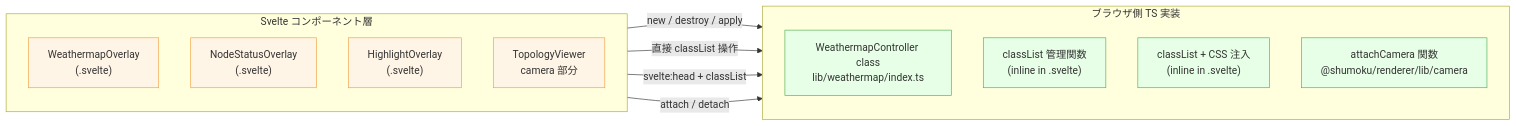
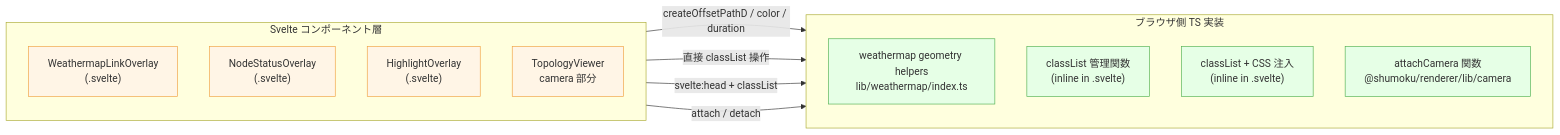
Before and after one commit to konoe-akitoshi/shumoku: the fourth of 6 diagrams in apps/server/docs/topology-rendering.md, drawn with Mermaid. The commit also changed other lines of this file and 18 other files, not shown here.

````diff
--- a/apps/server/docs/topology-rendering.md
+++ b/apps/server/docs/topology-rendering.md
@@ -224,28 +247,28 @@
 ```mermaid
 flowchart LR
   subgraph SVELTE["Svelte コンポーネント層"]
     direction TB
-    WMO["WeathermapOverlay<br/>(.svelte)"]
+    WML["WeathermapLinkOverlay<br/>(.svelte)"]
     NSO["NodeStatusOverlay<br/>(.svelte)"]
     HLO["HighlightOverlay<br/>(.svelte)"]
     TV_CAM["TopologyViewer<br/>camera 部分"]
   end
 
   subgraph TS["ブラウザ側 TS 実装"]
     direction TB
-    WMC["WeathermapController class<br/>lib/weathermap/index.ts"]
+    WMG["weathermap geometry helpers<br/>lib/weathermap/index.ts"]
     NSF["classList 管理関数<br/>(inline in .svelte)"]
     HLF["classList + CSS 注入<br/>(inline in .svelte)"]
     CAM["attachCamera 関数<br/>@shumoku/renderer/lib/camera"]
   end
 
-  WMO -->|new / destroy / apply| WMC
+  WML -->|createOffsetPathD / color / duration| WMG
   NSO -->|直接 classList 操作| NSF
   HLO -->|svelte:head + classList| HLF
   TV_CAM -->|attach / detach| CAM
 
   classDef svelte fill:#fff5e6,stroke:#f0a040
   classDef ts fill:#e6ffe6,stroke:#50b050
-  class WMO,NSO,HLO,TV_CAM svelte
-  class WMC,NSF,HLF,CAM ts
+  class WML,NSO,HLO,TV_CAM svelte
+  class WMG,NSF,HLF,CAM ts
 ```
````
